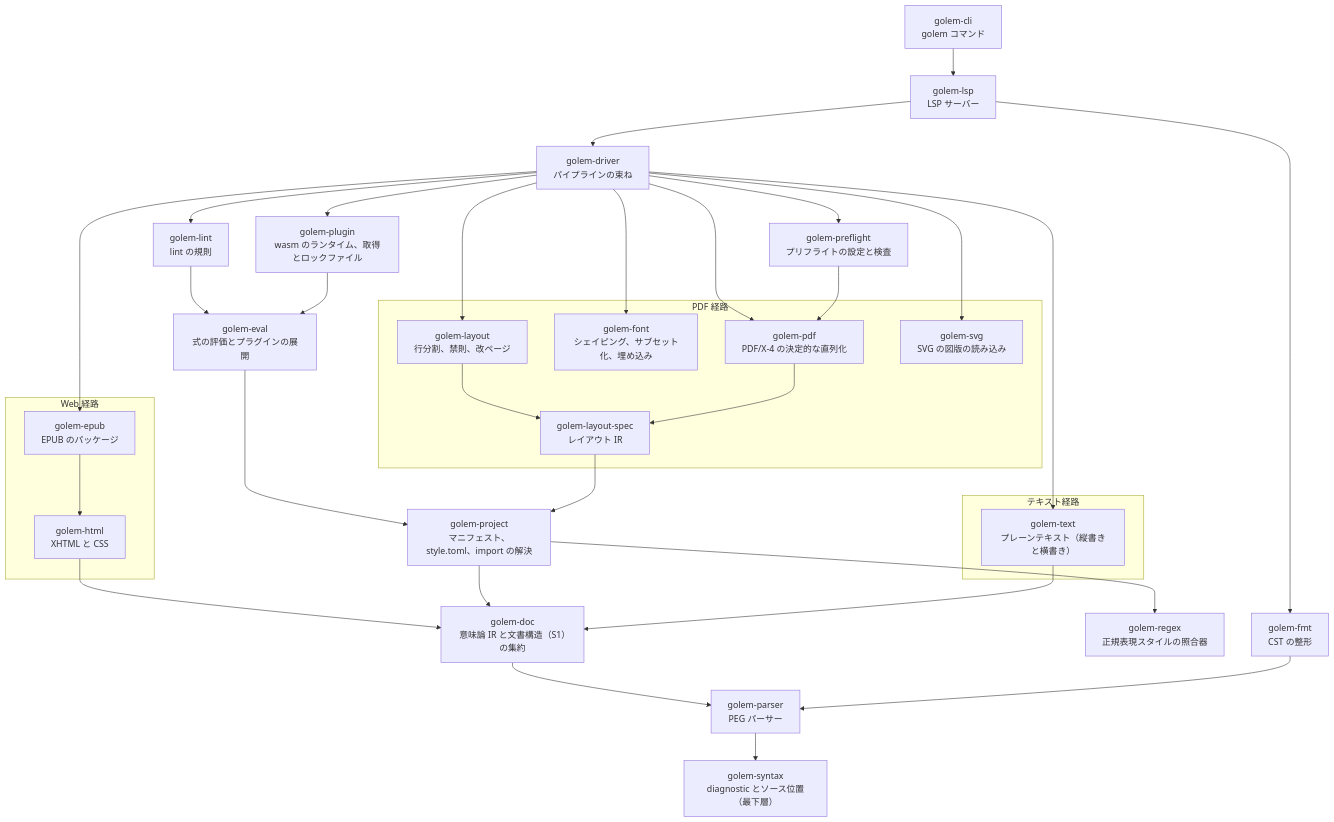
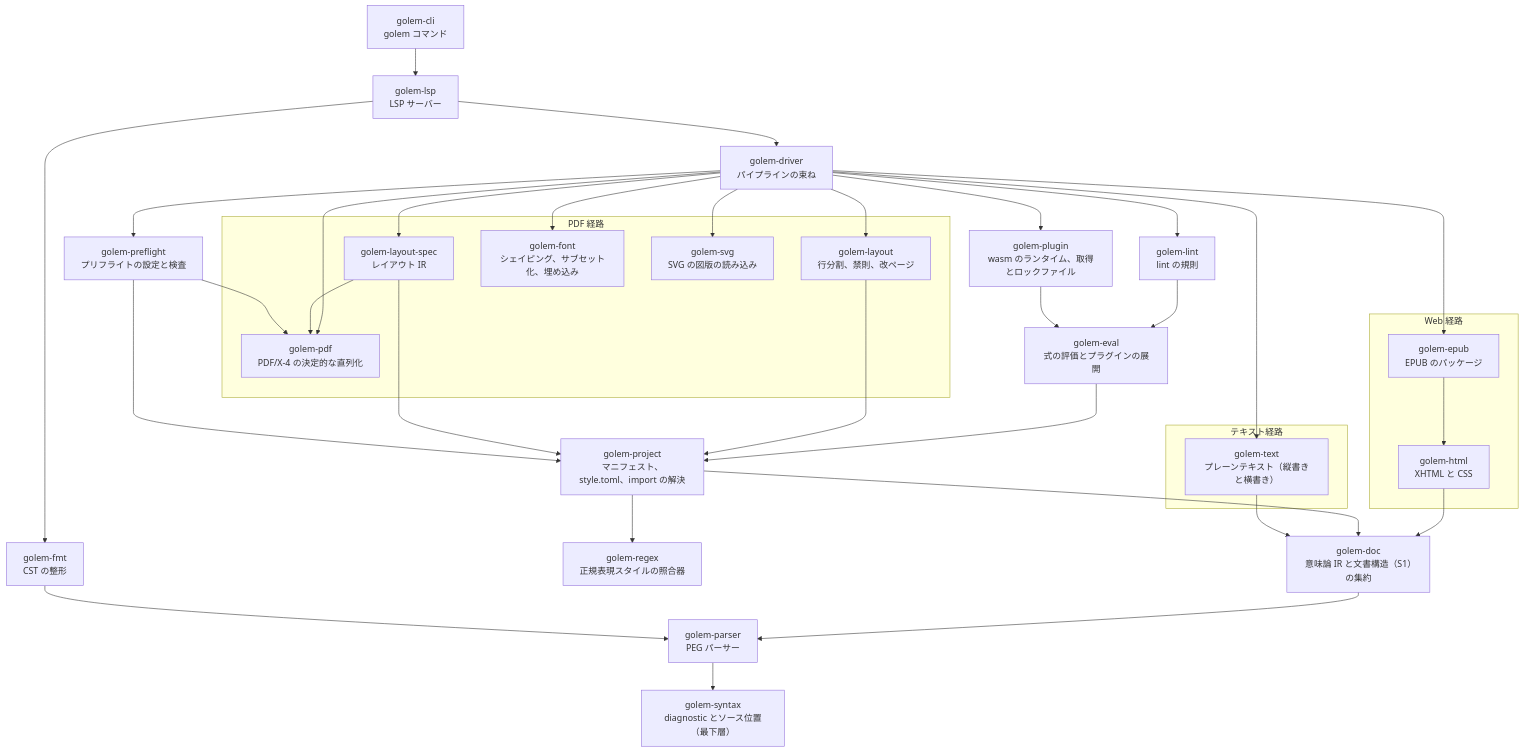
Before and after one commit to tett23/golem: the second of 2 diagrams in docs/specifications.md, drawn with Mermaid. The commit also changed 5 other files, not shown here.

````diff
--- a/docs/specifications.md
+++ b/docs/specifications.md
@@ -168,57 +168,59 @@
 ```mermaid
 flowchart TD
     cli["golem-cli<br/>golem コマンド"]
     lsp["golem-lsp<br/>LSP サーバー"]
     driver["golem-driver<br/>パイプラインの束ね"]
     lint["golem-lint<br/>lint の規則"]
     fmt["golem-fmt<br/>CST の整形"]
     plugin["golem-plugin<br/>wasm のランタイム、取得とロックファイル"]
     project["golem-project<br/>マニフェスト、style.toml、import の解決"]
     regex["golem-regex<br/>正規表現スタイルの照合器"]
     parser["golem-parser<br/>PEG パーサー"]
     eval["golem-eval<br/>式の評価とプラグインの展開"]
     doc["golem-doc<br/>意味論 IR と文書構造（S1）の集約"]
     syntax["golem-syntax<br/>diagnostic とソース位置（最下層）"]
     preflight["golem-preflight<br/>プリフライトの設定と検査"]
     subgraph pdfpath["PDF 経路"]
         layoutspec["golem-layout-spec<br/>レイアウト IR"]
         layout["golem-layout<br/>行分割、禁則、改ページ"]
         font["golem-font<br/>シェイピング、サブセット化、埋め込み"]
         pdf["golem-pdf<br/>PDF/X-4 の決定的な直列化"]
         svg["golem-svg<br/>SVG の図版の読み込み"]
     end
     subgraph webpath["Web 経路"]
         html["golem-html<br/>XHTML と CSS"]
         epub["golem-epub<br/>EPUB のパッケージ"]
     end
     subgraph textpath["テキスト経路"]
         text["golem-text<br/>プレーンテキスト（縦書きと横書き）"]
     end
     cli --> lsp
     doc --> parser
     driver --> epub
     driver --> font
     driver --> layout
+    driver --> layoutspec
     driver --> lint
     driver --> pdf
     driver --> plugin
     driver --> preflight
     driver --> svg
     driver --> text
     epub --> html
     eval --> project
     fmt --> parser
     html --> doc
-    layout --> layoutspec
+    layout --> project
+    layoutspec --> pdf
     layoutspec --> project
     lint --> eval
     lsp --> driver
     lsp --> fmt
-    pdf --> layoutspec
     plugin --> eval
     preflight --> pdf
+    preflight --> project
     project --> doc
     project --> regex
     text --> doc
     parser --> syntax
 ```
````
